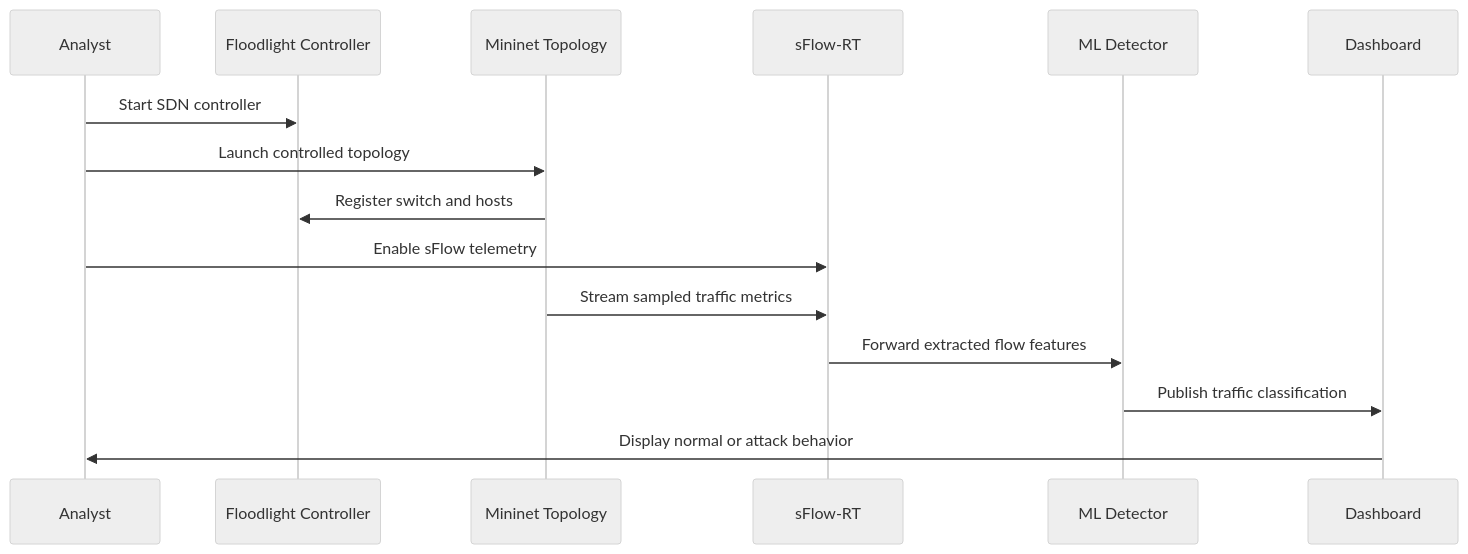
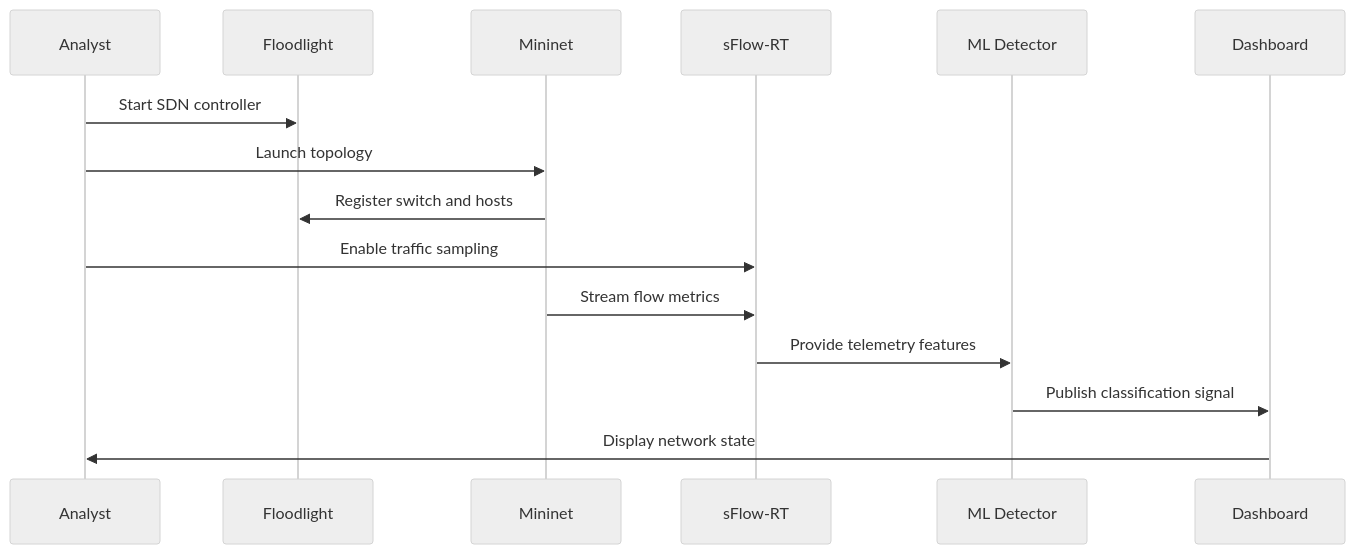
One commit to ns7523/DDoS-attack-in-IoT-Real-Time changed the second of 4 diagrams in README.md. Above: the diagram before and after it, drawn with Mermaid (neutral theme). The commit also changed other lines of this file, not shown here.

````diff
--- a/README.md
+++ b/README.md
@@ -73,18 +146,18 @@
 ```mermaid
 sequenceDiagram
-    participant U as Analyst
-    participant F as Floodlight Controller
-    participant M as Mininet Topology
-    participant S as sFlow-RT
-    participant ML as ML Detector
-    participant D as Dashboard
+    participant Analyst
+    participant Floodlight
+    participant Mininet
+    participant sFlowRT as sFlow-RT
+    participant Detector as ML Detector
+    participant Dashboard
 
-    U->>F: Start SDN controller
-    U->>M: Launch controlled topology
-    M->>F: Register switch and hosts
-    U->>S: Enable sFlow telemetry
-    M->>S: Stream sampled traffic metrics
-    S->>ML: Forward extracted flow features
-    ML->>D: Publish traffic classification
-    D->>U: Display normal or attack behavior
+    Analyst->>Floodlight: Start SDN controller
+    Analyst->>Mininet: Launch topology
+    Mininet->>Floodlight: Register switch and hosts
+    Analyst->>sFlowRT: Enable traffic sampling
+    Mininet->>sFlowRT: Stream flow metrics
+    sFlowRT->>Detector: Provide telemetry features
+    Detector->>Dashboard: Publish classification signal
+    Dashboard->>Analyst: Display network state
 ```
````
